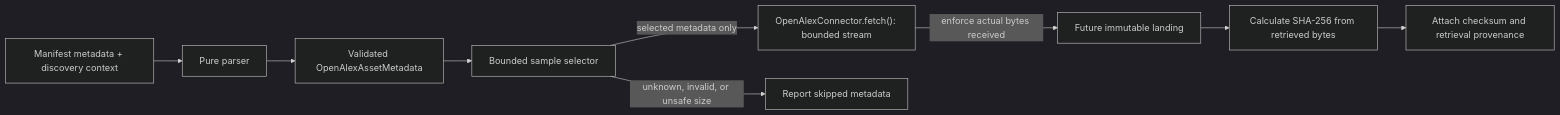
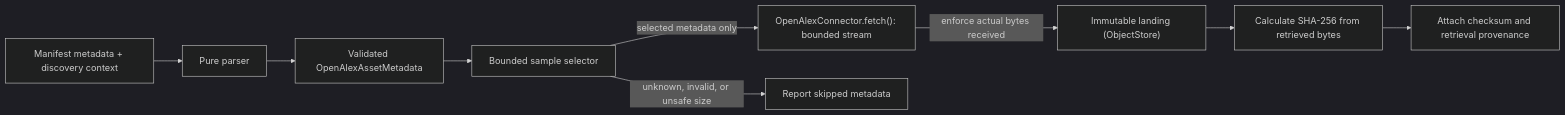
Before and after one commit to agilandeenadhayalan41/research-intelligence-data-platform: the diagram in docs/architecture/openalex-manifest-contract.md, drawn with Mermaid (dark theme). The commit also changed other lines of this file and 96 other files, not shown here.

````diff
--- a/docs/architecture/openalex-manifest-contract.md
+++ b/docs/architecture/openalex-manifest-contract.md
@@ -268,11 +270,11 @@
 ```mermaid
 flowchart LR
     Manifest["Manifest metadata + discovery context"] --> Parser["Pure parser"]
     Parser --> Asset["Validated OpenAlexAssetMetadata"]
     Asset --> Selector["Bounded sample selector"]
     Selector -->|"selected metadata only"| Fetcher["OpenAlexConnector.fetch(): bounded stream"]
-    Fetcher -->|"enforce actual bytes received"| Landing["Future immutable landing"]
+    Fetcher -->|"enforce actual bytes received"| Landing["Immutable landing (ObjectStore)"]
     Selector -->|"unknown, invalid, or unsafe size"| Exclude["Report skipped metadata"]
     Landing --> Checksum["Calculate SHA-256 from retrieved bytes"]
     Checksum --> Provenance["Attach checksum and retrieval provenance"]
 ```
````
